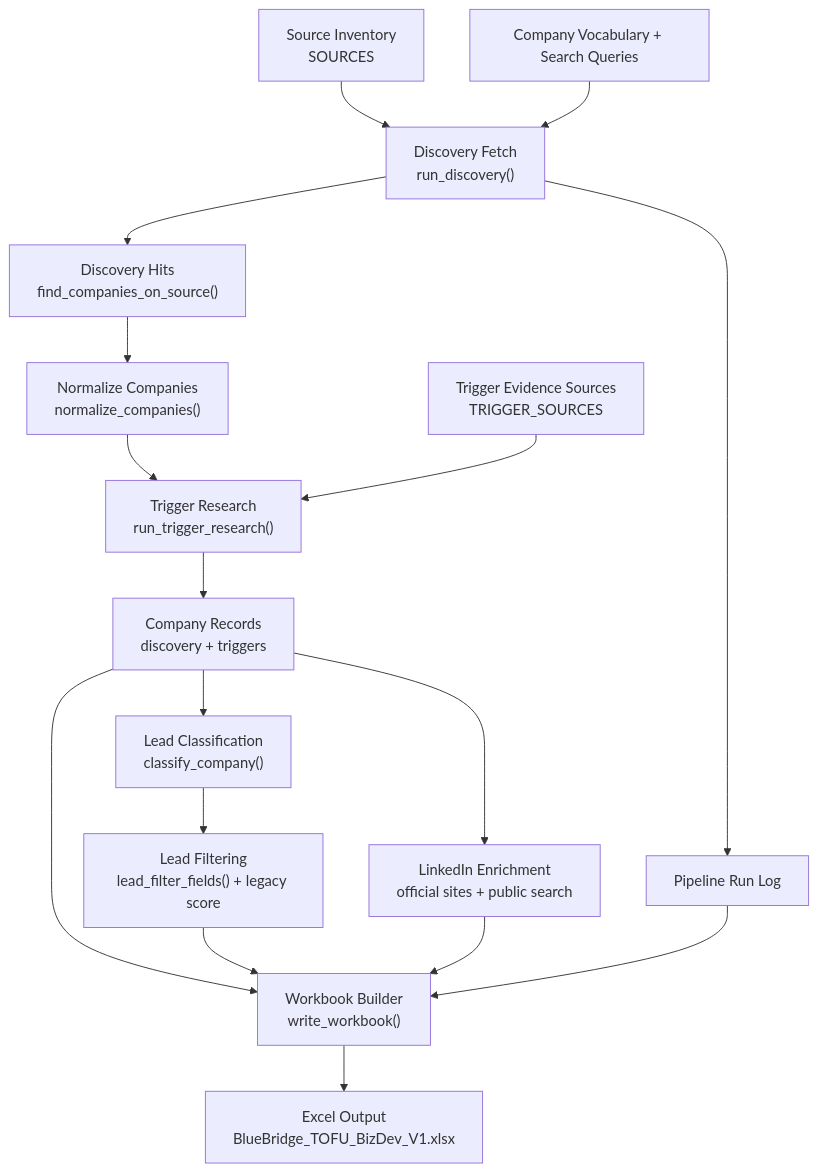
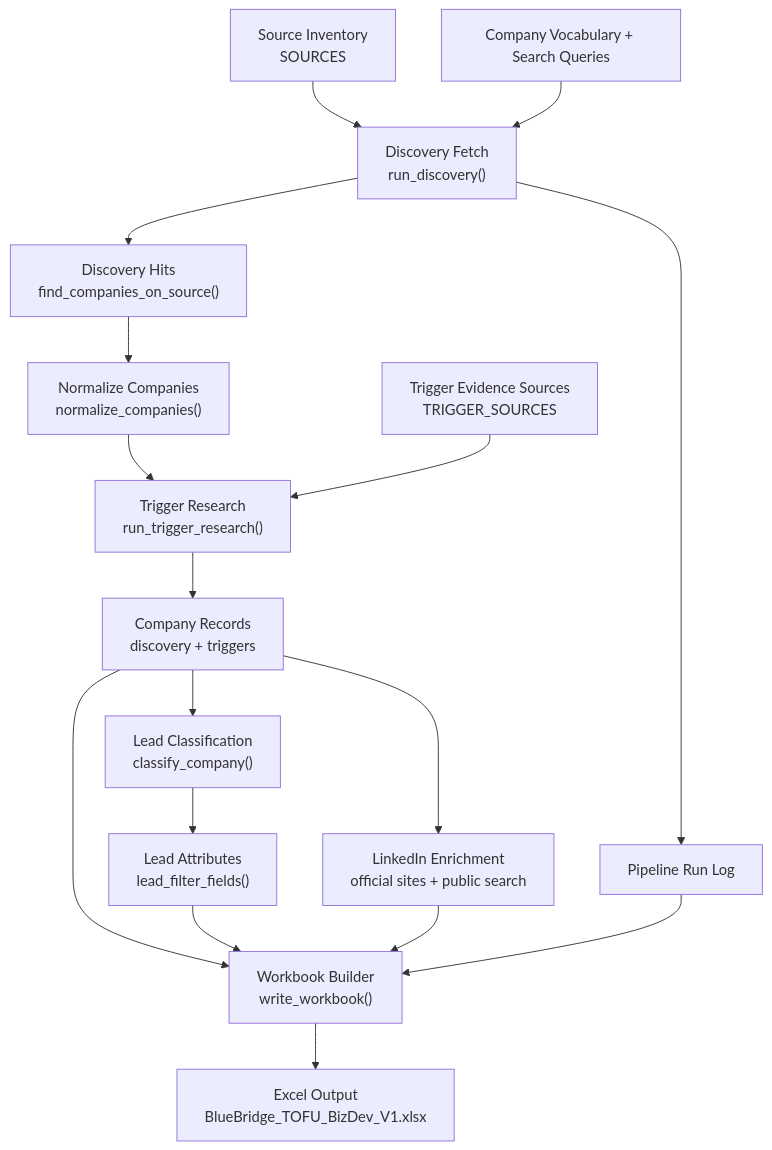
The diagram in PIPELINE_EXPLAINER.md (caffreit/BBT_bizdev), drawn with Mermaid before and after one commit. The commit also changed other lines of this file and 7 other files, not shown here.

````diff
--- a/PIPELINE_EXPLAINER.md
+++ b/PIPELINE_EXPLAINER.md
@@ -5,19 +5,19 @@
 ```mermaid
 flowchart TD
     A["Source Inventory<br/>SOURCES"] --> B["Discovery Fetch<br/>run_discovery()"]
     C["Company Vocabulary + Search Queries"] --> B
     B --> D["Discovery Hits<br/>find_companies_on_source()"]
     B --> E["Pipeline Run Log"]
     D --> F["Normalize Companies<br/>normalize_companies()"]
     F --> G["Trigger Research<br/>run_trigger_research()"]
     H["Trigger Evidence Sources<br/>TRIGGER_SOURCES"] --> G
     G --> I["Company Records<br/>discovery + triggers"]
     I --> N["LinkedIn Enrichment<br/>official sites + public search"]
     I --> J["Lead Classification<br/>classify_company()"]
-    J --> M["Lead Filtering<br/>lead_filter_fields() + legacy score"]
+    J --> M["Lead Attributes<br/>lead_filter_fields()"]
     I --> K["Workbook Builder<br/>write_workbook()"]
     M --> K
     N --> K
     E --> K
     K --> L["Excel Output<br/>BlueBridge_TOFU_BizDev_V1.xlsx"]
 ```
````
